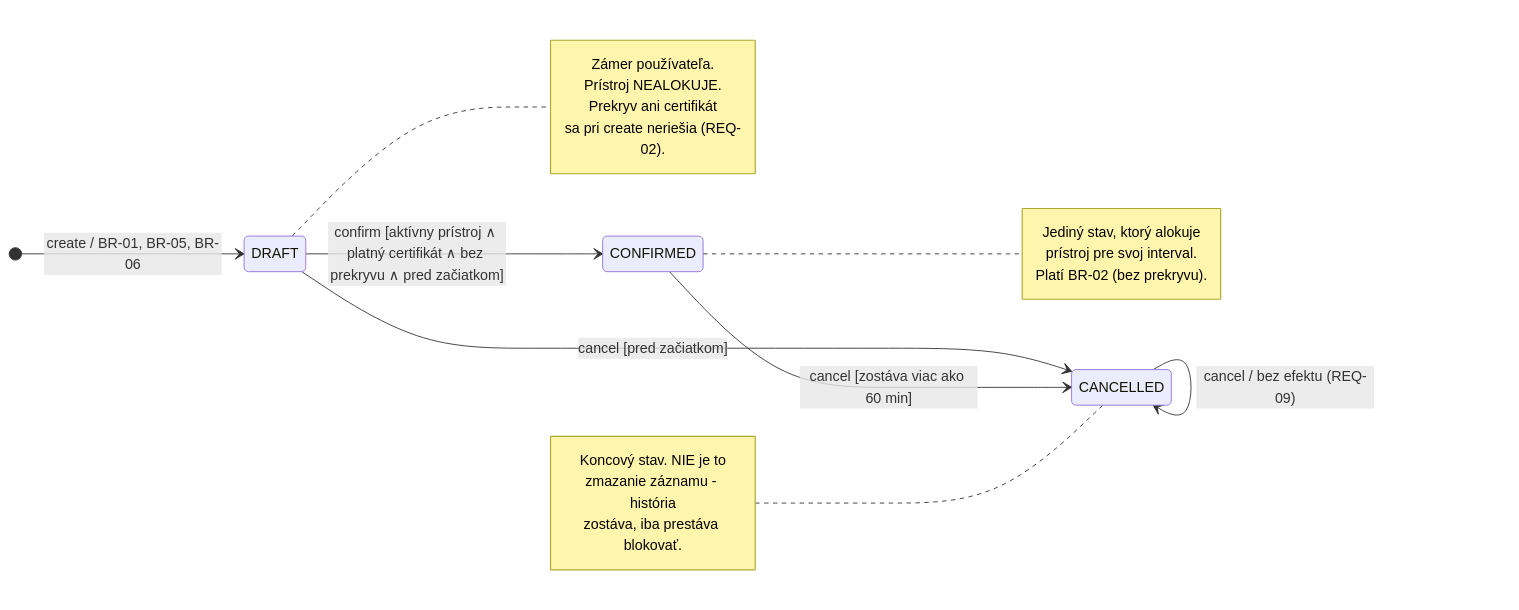
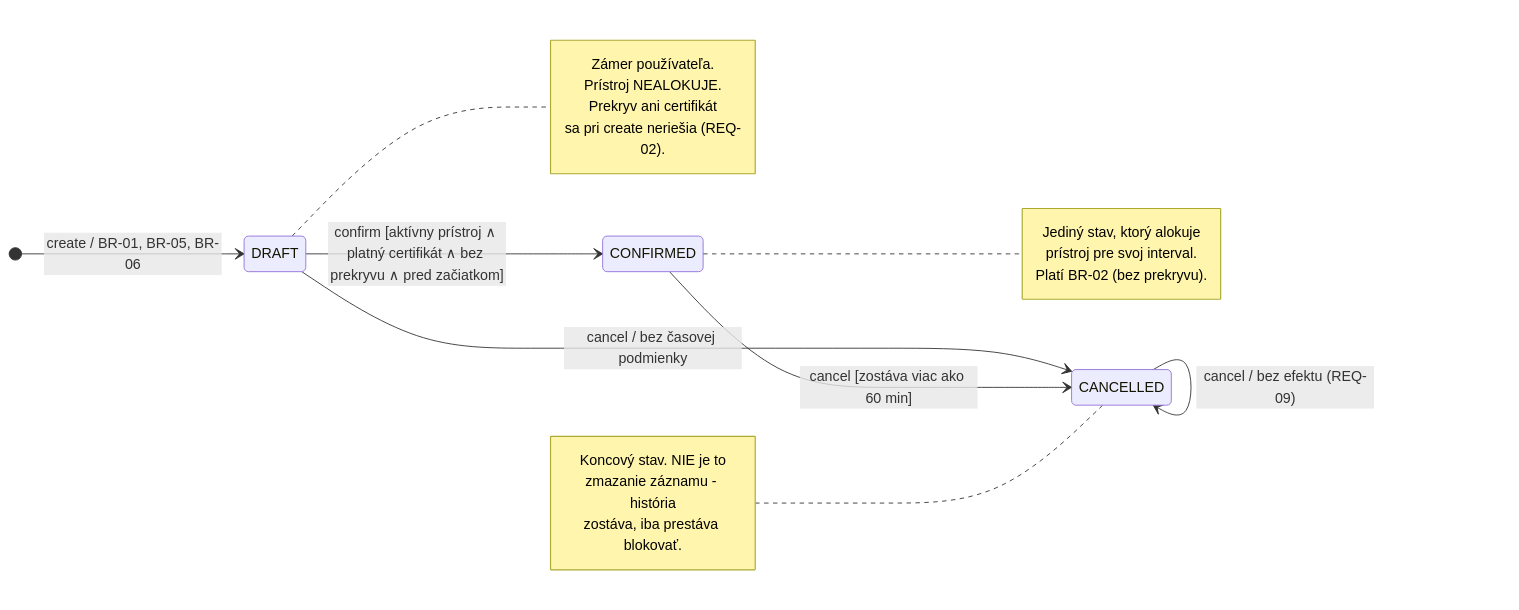
The second of 6 diagrams in docs/diagrams.md (thspowered/SWI-LAB), drawn with Mermaid before and after one commit. The commit also changed other lines of this file and 1 other file, not shown here.

````diff
--- a/docs/diagrams.md
+++ b/docs/diagrams.md
@@ -66,29 +66,29 @@
 ```mermaid
 stateDiagram-v2
     direction LR
     [*] --> DRAFT : create / BR-01, BR-05, BR-06
 
     DRAFT --> CONFIRMED : confirm [aktívny prístroj ∧ platný certifikát ∧ bez prekryvu ∧ pred začiatkom]
-    DRAFT --> CANCELLED : cancel [pred začiatkom]
+    DRAFT --> CANCELLED : cancel / bez časovej podmienky
     CONFIRMED --> CANCELLED : cancel [zostáva viac ako 60 min]
     CANCELLED --> CANCELLED : cancel / bez efektu (REQ-09)
 
     note right of DRAFT
         Zámer používateľa.
         Prístroj NEALOKUJE.
         Prekryv ani certifikát
         sa pri create neriešia (REQ-02).
     end note
 
     note right of CONFIRMED
         Jediný stav, ktorý alokuje
         prístroj pre svoj interval.
         Platí BR-02 (bez prekryvu).
     end note
 
     note left of CANCELLED
         Koncový stav. NIE je to
         zmazanie záznamu - história
         zostáva, iba prestáva blokovať.
     end note
 ```
````
